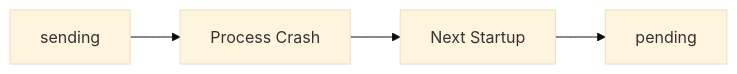
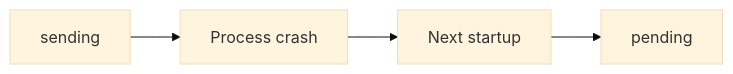
The seventh of 32 diagrams in README.md (gitgotcha/my-chatgpt-mcp), drawn with Mermaid (base theme) before and after one commit. The commit also changed other lines of this file, not shown here.

````diff
--- a/README.md
+++ b/README.md
@@ -670,15 +814,12 @@
 ```mermaid
 flowchart LR
 
-    S[sending]
-
-    CRASH[Process Crash]
-
-    RESTART[Next Startup]
-
-    P[pending]
+    S["sending"]
+    CRASH["Process crash"]
+    START["Next startup"]
+    P["pending"]
 
     S --> CRASH
-    CRASH --> RESTART
-    RESTART --> P
+    CRASH --> START
+    START --> P
 ```
````
